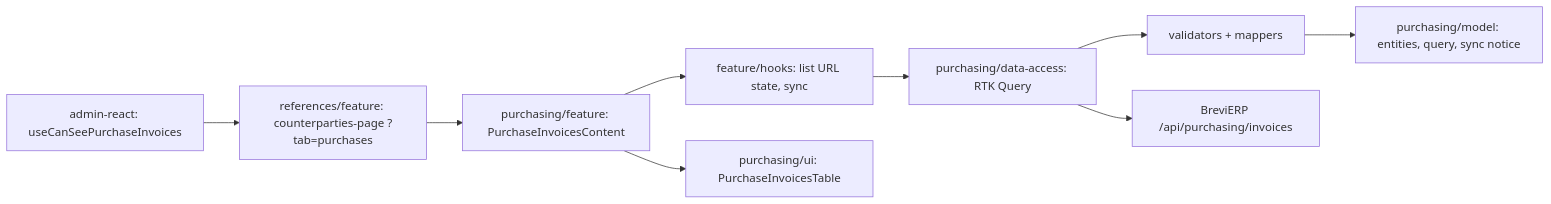
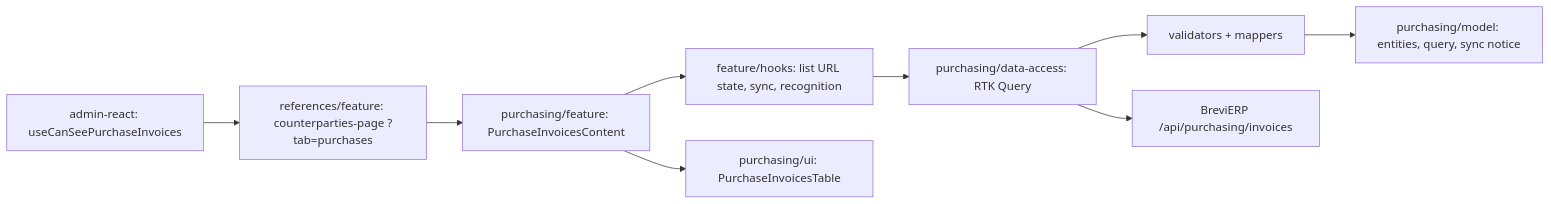
The diagram in docs/features/admin/purchasing.md (Weretik/brevi-web), drawn with Mermaid before and after one commit. The commit also changed other lines of this file and 74 other files, not shown here.

````diff
--- a/docs/features/admin/purchasing.md
+++ b/docs/features/admin/purchasing.md
@@ -19,11 +19,11 @@
 ```mermaid
 flowchart LR
   Host["references/feature: counterparties-page ?tab=purchases"] --> Content["purchasing/feature: PurchaseInvoicesContent"]
   App["admin-react: useCanSeePurchaseInvoices"] --> Host
-  Content --> Hooks["feature/hooks: list URL state, sync"]
+  Content --> Hooks["feature/hooks: list URL state, sync, recognition"]
   Content --> UI["purchasing/ui: PurchaseInvoicesTable"]
   Hooks --> DataAccess["purchasing/data-access: RTK Query"]
   DataAccess --> Mappers["validators + mappers"]
   Mappers --> Model["purchasing/model: entities, query, sync notice"]
   DataAccess --> API["BreviERP /api/purchasing/invoices"]
 ```
````
